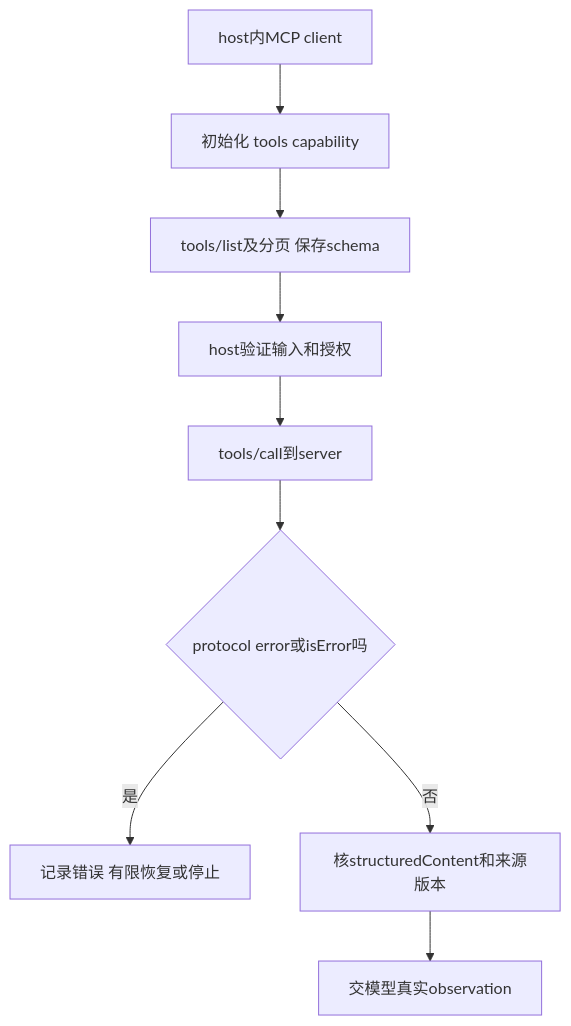
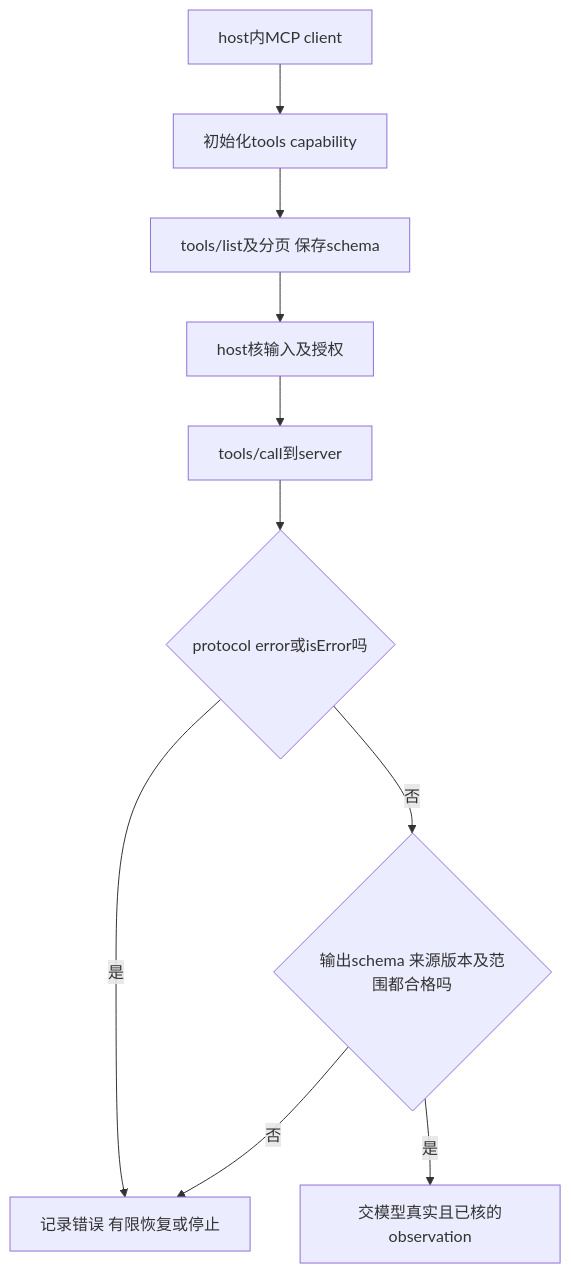
Before and after one commit to CercaTrovato/cityu-ai-course-notes: the second of 11 diagrams in IS5542_GenAI_in_Business/notes/M03-AI-agent-从harness到部署.md, drawn with Mermaid. The commit also changed other lines of this file and 224 other files, not shown here.

First line of the commit message:
完善五门课图文可读性并更新仓库首页

````diff
--- a/IS5542_GenAI_in_Business/notes/M03-AI-agent-从harness到部署.md
+++ b/IS5542_GenAI_in_Business/notes/M03-AI-agent-从harness到部署.md
@@ -1208,11 +1947,12 @@
 ```mermaid
 flowchart TD
- A[host内MCP client] --> B[初始化 tools capability]
+ A[host内MCP client] --> B[初始化tools capability]
  B --> C[tools/list及分页 保存schema]
- C --> D[host验证输入和授权]
+ C --> D[host核输入及授权]
  D --> E[tools/call到server]
  E --> F{protocol error或isError吗}
  F -->|是| G[记录错误 有限恢复或停止]
- F -->|否| H[核structuredContent和来源版本]
- H --> I[交模型真实observation]
+ F -->|否| H{输出schema 来源版本及范围都合格吗}
+ H -->|否| G
+ H -->|是| I[交模型真实且已核的observation]
 ```
````
